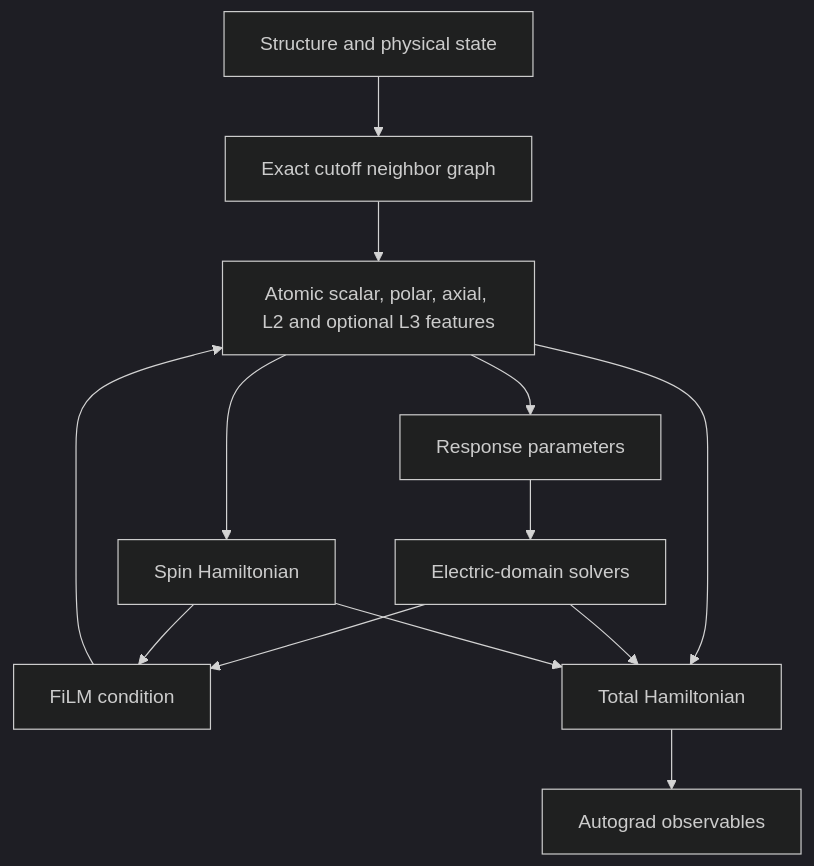
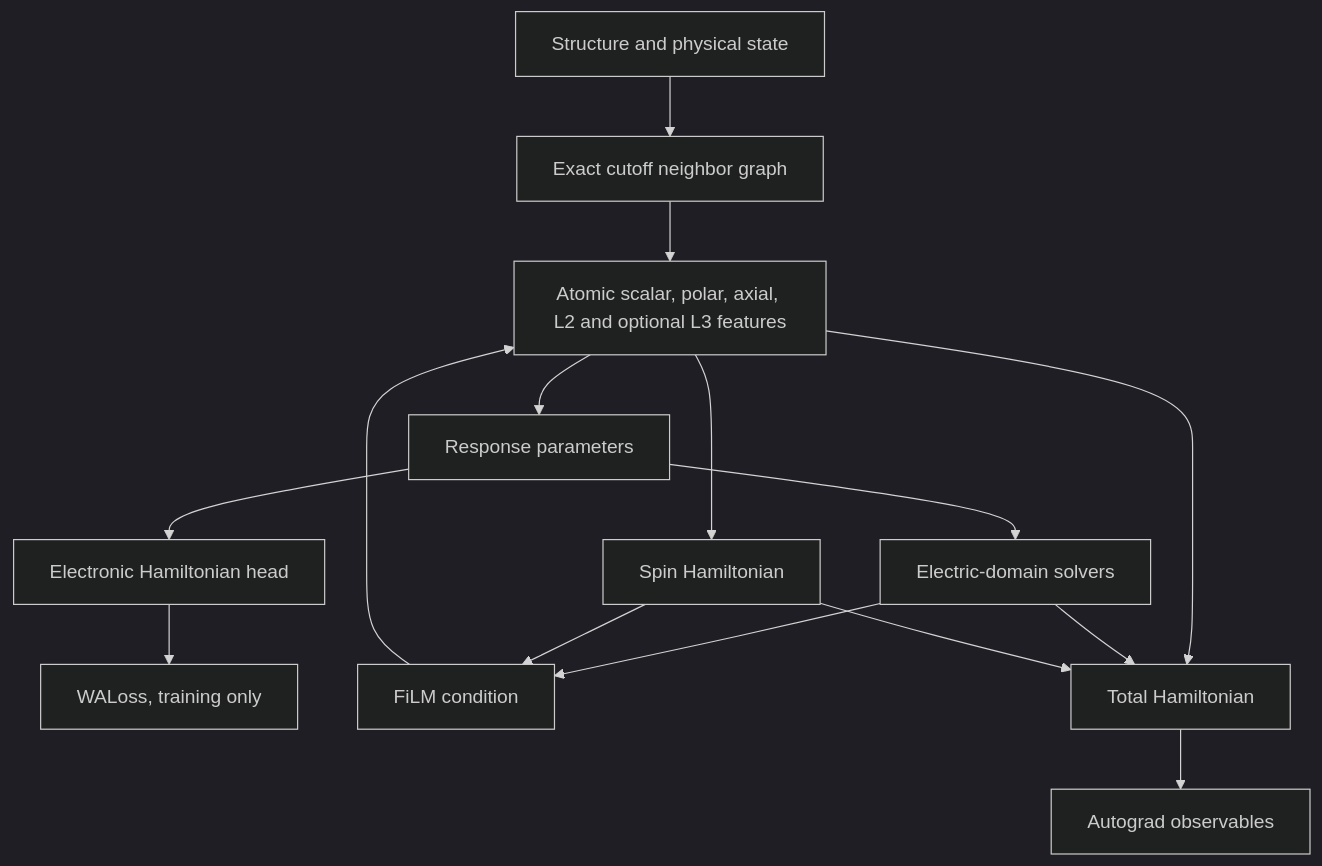
The first of 3 diagrams in docs/PAPER.md (FonaTech/E3-miu-GNN), drawn with Mermaid (dark theme) before and after one commit. The commit also changed other lines of this file and 12 other files, not shown here.

````diff
--- a/docs/PAPER.md
+++ b/docs/PAPER.md
@@ -167,15 +179,17 @@
 ```mermaid
 flowchart TB
     I[Structure and physical state] --> N[Exact cutoff neighbor graph]
     N --> A[Atomic scalar, polar, axial, L2 and optional L3 features]
     A --> R[Response parameters]
     R --> E[Electric-domain solvers]
+    R --> W[Electronic Hamiltonian head]
+    W --> WA[WALoss, training only]
     A --> M[Spin Hamiltonian]
     E --> F[FiLM condition]
     M --> F
     F --> A
     A --> H[Total Hamiltonian]
     E --> H
     M --> H
     H --> D[Autograd observables]
 ```
````
